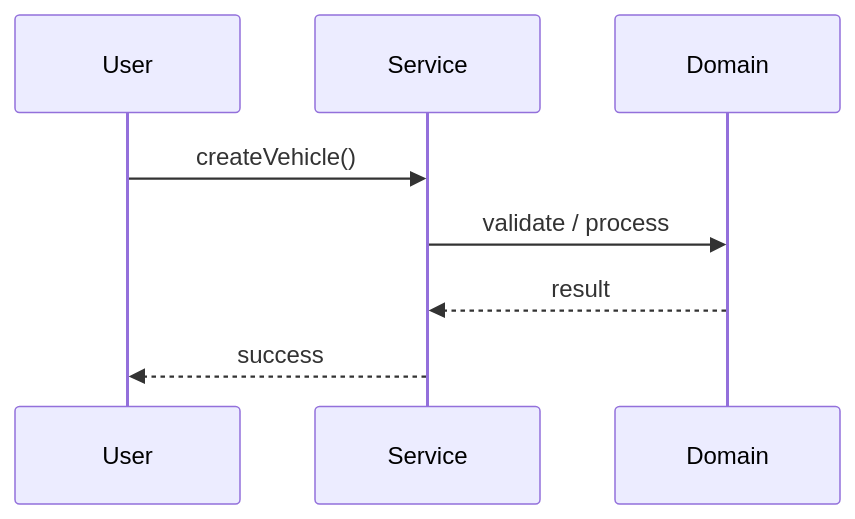
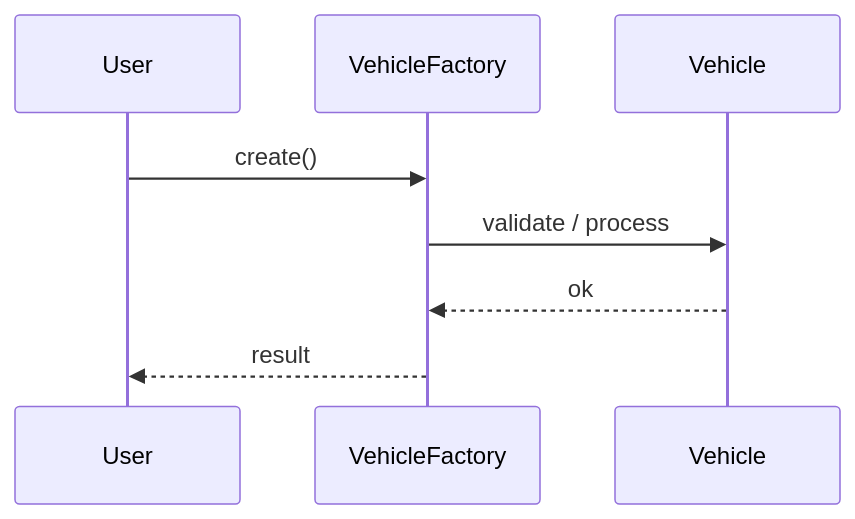
Before and after one commit to madhupaila/Interview-Prep-SSE: the second of 3 diagrams in Learn/System Design - Low Level Design/03-design-patterns/questions/Q02-factory-vehicle.md, drawn with Mermaid. The commit also changed other lines of this file and 491 other files, not shown here.

````diff
--- a/Learn/System Design - Low Level Design/03-design-patterns/questions/Q02-factory-vehicle.md
+++ b/Learn/System Design - Low Level Design/03-design-patterns/questions/Q02-factory-vehicle.md
@@ -122,10 +148,10 @@
 ```mermaid
 sequenceDiagram
-    participant U as User
-    participant S as Service
-    participant D as Domain
-    U->>S: createVehicle()
-    S->>D: validate / process
-    D-->>S: result
-    S-->>U: success
+participant U as User
+participant S as VehicleFactory
+participant D as Vehicle
+U->>S: create()
+S->>D: validate / process
+D-->>S: ok
+S-->>U: result
 ```
````
